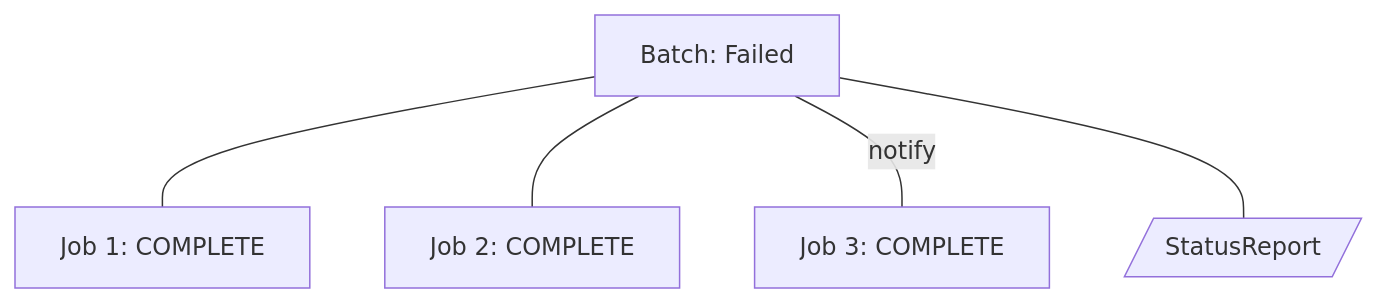
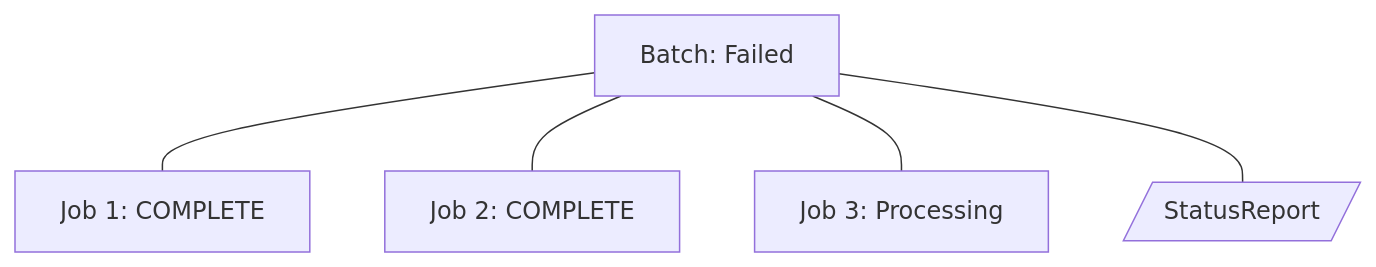
One commit to CDLUC3/mrt-zk changed diagram 43 of 48 in design/use-cases.md. Above: the diagram before and after it, drawn with Mermaid. The commit also changed other lines of this file, not shown here.

Commit message:
mermaid diagrams

````diff
--- a/design/use-cases.md
+++ b/design/use-cases.md
@@ -375,12 +563,13 @@
 ```mermaid
 graph TD
+  accTitle: 'Batch(Failed) has 3 Jobs (Complete, Complete, Processing)'
   Batch[Batch: Failed]
   Job1[Job 1: COMPLETE]
   Job2[Job 2: COMPLETE]
-  Job3[Job 3: COMPLETE]
+  Job3[Job 3: Processing]
   Batch --- Job1
   Batch --- Job2
-  Batch --- |notify| Job3
+  Batch --- Job3
   StatusReport[/StatusReport/]
   Batch --- StatusReport
 ```
````
